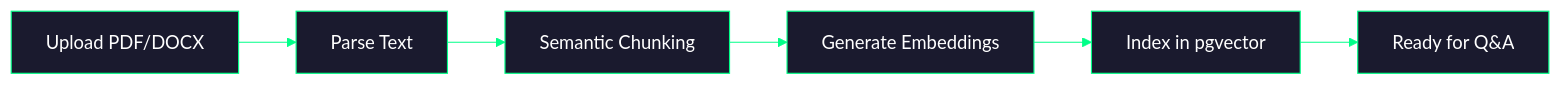
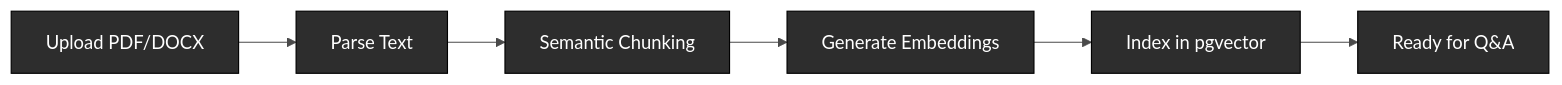
Before and after one commit to akash-s-halalli/VendorAuditAI: the eighth of 8 diagrams in README.md, drawn with Mermaid. The commit also changed other lines of this file, not shown here.

Commit message:
DOCS: Update Mermaid theme to black borders with dark grey fill

````diff
--- a/README.md
+++ b/README.md
@@ -545,9 +545,9 @@
 ```mermaid
-%%{init: {'theme': 'base', 'themeVariables': { 'primaryColor': '#1a1a2e', 'primaryTextColor': '#ffffff', 'primaryBorderColor': '#00ff88', 'lineColor': '#00ff88', 'secondaryColor': '#16213e', 'tertiaryColor': '#0f3460', 'background': '#0a0a0a', 'mainBkg': '#1a1a2e', 'nodeBorder': '#00ff88', 'clusterBkg': '#16213e', 'clusterBorder': '#00ff88', 'titleColor': '#ffffff', 'edgeLabelBackground': '#1a1a2e'}}}%%
+%%{init: {'theme': 'base', 'themeVariables': { 'primaryColor': '#2d2d2d', 'primaryTextColor': '#ffffff', 'primaryBorderColor': '#000000', 'lineColor': '#4a4a4a', 'secondaryColor': '#3a3a3a', 'tertiaryColor': '#1a1a1a', 'background': '#1a1a1a', 'mainBkg': '#2d2d2d', 'nodeBorder': '#000000', 'clusterBkg': '#252525', 'clusterBorder': '#000000', 'titleColor': '#ffffff', 'edgeLabelBackground': '#2d2d2d'}}}%%
 flowchart LR
     A[Upload PDF/DOCX] --> B[Parse Text]
     B --> C[Semantic Chunking]
     C --> D[Generate Embeddings]
     D --> E[Index in pgvector]
     E --> F[Ready for Q&A]
 ```
````
